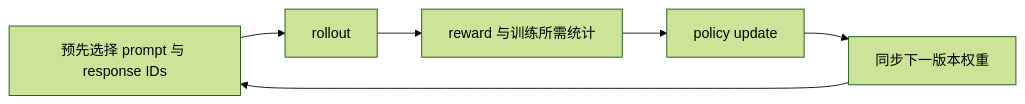
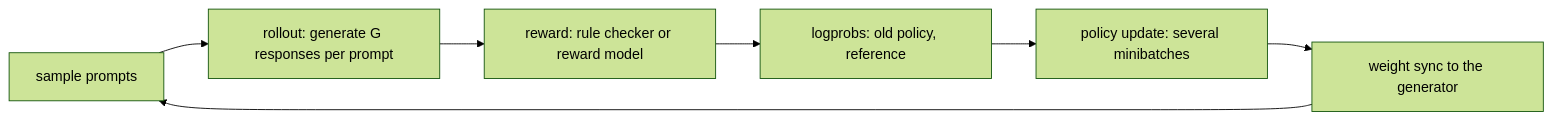
Before and after one commit to MiniYuanBot/mlsys-intermediate: the diagram in course/modules/08-rollout-scheduling.md, drawn with Mermaid (forest theme). The commit also changed other lines of this file and 260 other files, not shown here.

````diff
--- a/course/modules/08-rollout-scheduling.md
+++ b/course/modules/08-rollout-scheduling.md
@@ -37,8 +37,9 @@
 ```mermaid
 flowchart LR
- P[预先选择 prompt 与 response IDs] --> R[rollout]
- R --> W[reward 与训练所需统计]
- W --> U[policy update]
- U --> S[同步下一版本权重]
- S --> P
+  P[sample prompts] --> G[rollout: generate G responses per prompt]
+  G --> R[reward: rule checker or reward model]
+  R --> L[logprobs: old policy, reference]
+  L --> U[policy update: several minibatches]
+  U --> S[weight sync to the generator]
+  S --> P
 ```
````
